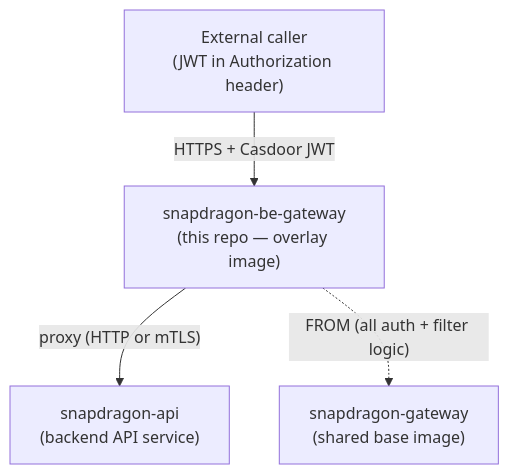
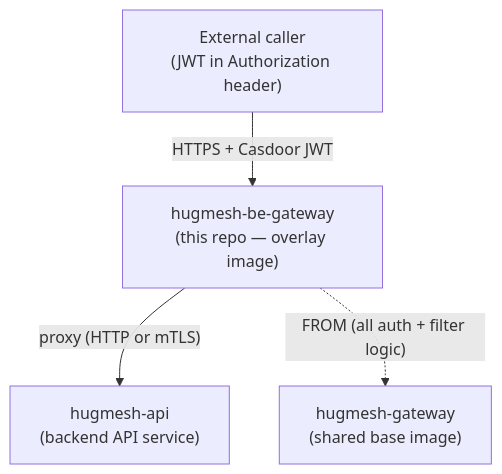
One commit to hugmesh/hugmesh-be-gateway changed the first of 3 diagrams in README.md. Above: the diagram before and after it, drawn with Mermaid. The commit also changed other lines of this file and 11 other files, not shown here.

````diff
--- a/README.md
+++ b/README.md
@@ -21,11 +21,11 @@
 ```mermaid
 flowchart TB
     client["External caller\n(JWT in Authorization header)"]
-    beg["snapdragon-be-gateway\n(this repo — overlay image)"]
-    api["snapdragon-api\n(backend API service)"]
-    base["snapdragon-gateway\n(shared base image)"]
+    beg["hugmesh-be-gateway\n(this repo — overlay image)"]
+    api["hugmesh-api\n(backend API service)"]
+    base["hugmesh-gateway\n(shared base image)"]
 
     client -->|HTTPS + Casdoor JWT| beg
     beg -->|"proxy (HTTP or mTLS)"| api
     beg -. "FROM (all auth + filter logic)" .-> base
 ```
````
